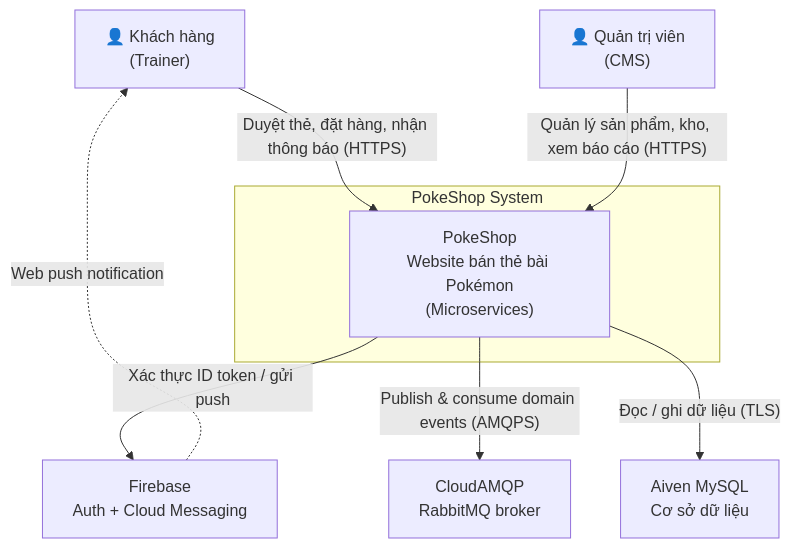
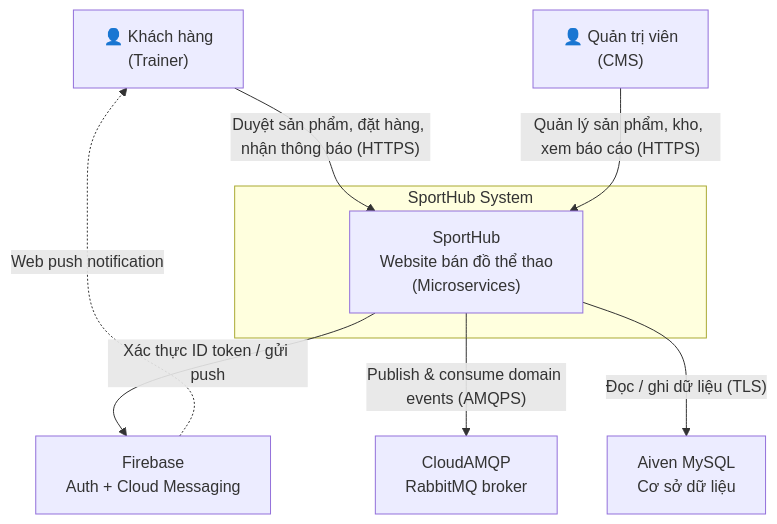
The first of 14 diagrams in README.md (lualua0909/hcmute-design-pattern), drawn with Mermaid before and after one commit. The commit also changed other lines of this file and 49 other files, not shown here.

````diff
--- a/README.md
+++ b/README.md
@@ -25,21 +25,21 @@
 ```mermaid
 graph TB
     customer["👤 Khách hàng<br/>(Trainer)"]
     admin["👤 Quản trị viên<br/>(CMS)"]
 
-    subgraph boundary["PokeShop System"]
-        pokeshop["PokeShop<br/>Website bán thẻ bài Pokémon<br/>(Microservices)"]
+    subgraph boundary["SportHub System"]
+        sporthub["SportHub<br/>Website bán đồ thể thao<br/>(Microservices)"]
     end
 
     firebase["Firebase<br/>Auth + Cloud Messaging"]
     rabbit["CloudAMQP<br/>RabbitMQ broker"]
     mysql["Aiven MySQL<br/>Cơ sở dữ liệu"]
 
-    customer -->|"Duyệt thẻ, đặt hàng, nhận thông báo (HTTPS)"| pokeshop
-    admin -->|"Quản lý sản phẩm, kho, xem báo cáo (HTTPS)"| pokeshop
+    customer -->|"Duyệt sản phẩm, đặt hàng, nhận thông báo (HTTPS)"| sporthub
+    admin -->|"Quản lý sản phẩm, kho, xem báo cáo (HTTPS)"| sporthub
 
-    pokeshop -->|"Xác thực ID token / gửi push"| firebase
-    pokeshop -->|"Publish & consume domain events (AMQPS)"| rabbit
-    pokeshop -->|"Đọc / ghi dữ liệu (TLS)"| mysql
+    sporthub -->|"Xác thực ID token / gửi push"| firebase
+    sporthub -->|"Publish & consume domain events (AMQPS)"| rabbit
+    sporthub -->|"Đọc / ghi dữ liệu (TLS)"| mysql
     firebase -.->|"Web push notification"| customer
 ```
````
